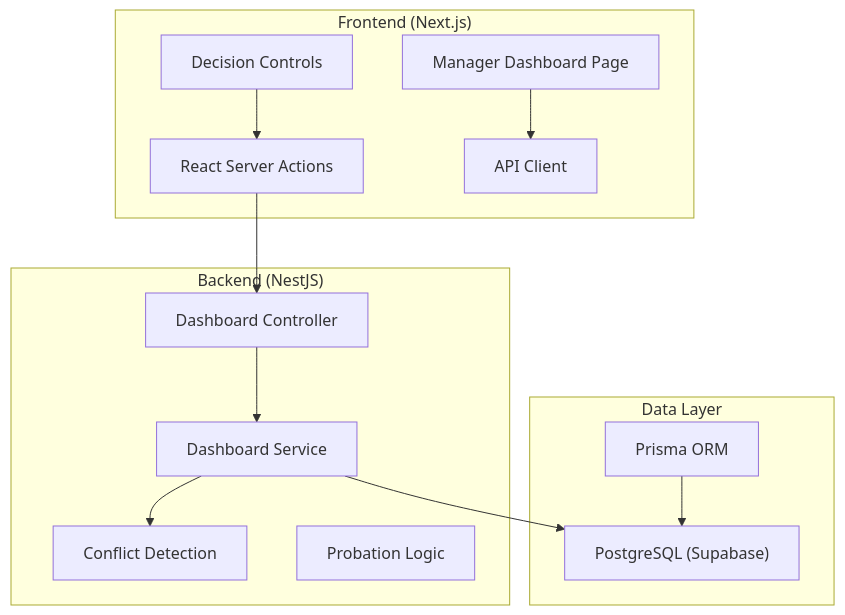
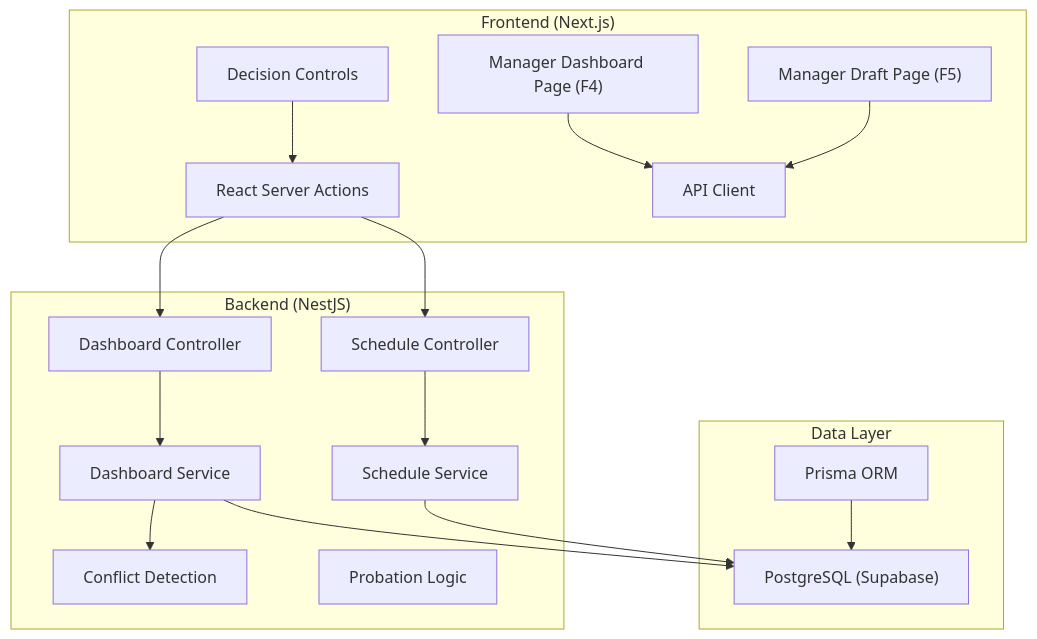
The first of 3 diagrams in .qoder/repowiki/en/content/Product Requirements Document/Functional Specifications/Manager Dashboard Module (F4).md (epo33m/scheduling), drawn with Mermaid before and after one commit. The commit also changed other lines of this file and 77 other files, not shown here.

````diff
--- a/.qoder/repowiki/en/content/Product Requirements Document/Functional Specifications/Manager Dashboard Module (F4).md
+++ b/.qoder/repowiki/en/content/Product Requirements Document/Functional Specifications/Manager Dashboard Module (F4).md
@@ -53,26 +62,33 @@
 ```mermaid
 graph TB
 subgraph "Frontend (Next.js)"
-FE_Dashboard["Manager Dashboard Page"]
+FE_Dashboard["Manager Dashboard Page (F4)"]
+FE_Draft["Manager Draft Page (F5)"]
 FE_Actions["React Server Actions"]
 FE_Controls["Decision Controls"]
 FE_API["API Client"]
 end
 subgraph "Backend (NestJS)"
 BE_Controller["Dashboard Controller"]
+BE_ScheduleController["Schedule Controller"]
 BE_Service["Dashboard Service"]
+BE_ScheduleService["Schedule Service"]
 BE_Conflicts["Conflict Detection"]
 BE_Probation["Probation Logic"]
 end
 subgraph "Data Layer"
 DB["PostgreSQL (Supabase)"]
 PRISMA["Prisma ORM"]
 end
 FE_Dashboard --> FE_API
+FE_Draft --> FE_API
 FE_Actions --> BE_Controller
+FE_Actions --> BE_ScheduleController
 FE_Controls --> FE_Actions
 BE_Controller --> BE_Service
+BE_ScheduleController --> BE_ScheduleService
 BE_Service --> BE_Conflicts
 BE_Service --> DB
+BE_ScheduleService --> DB
 PRISMA --> DB
 ```
````
